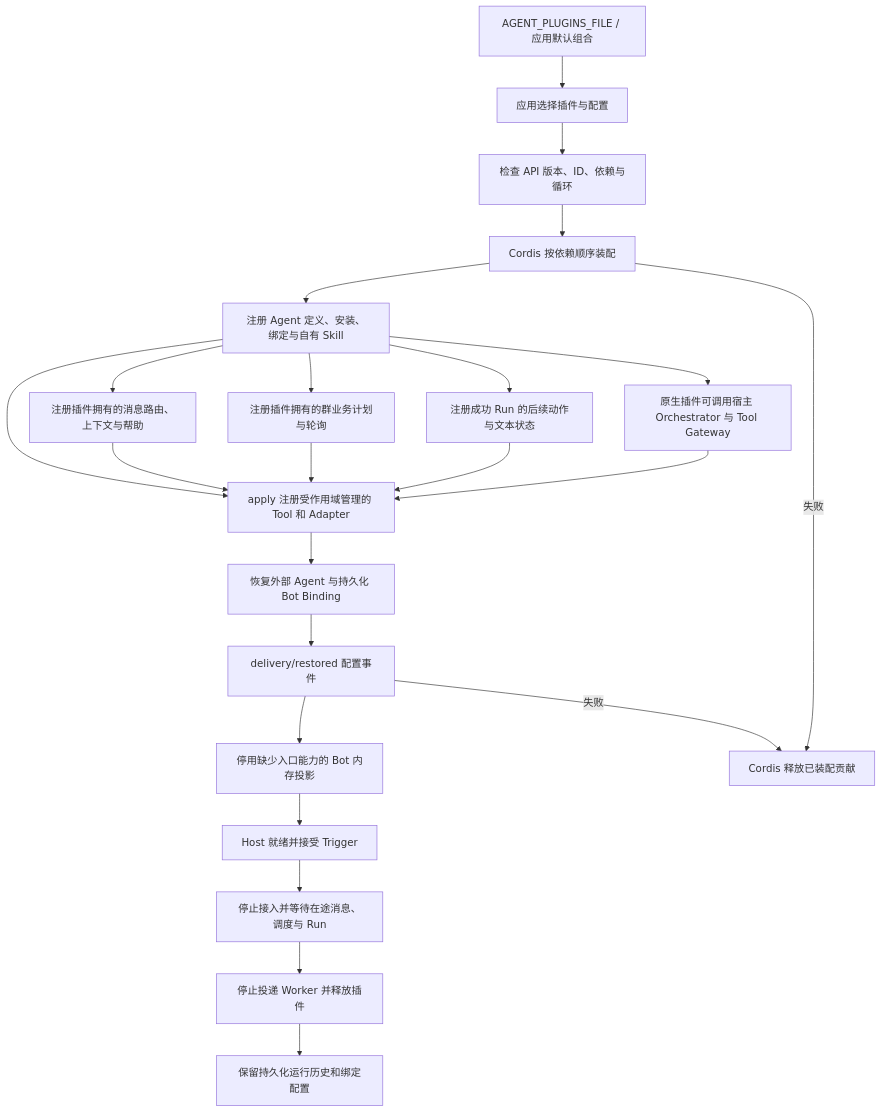
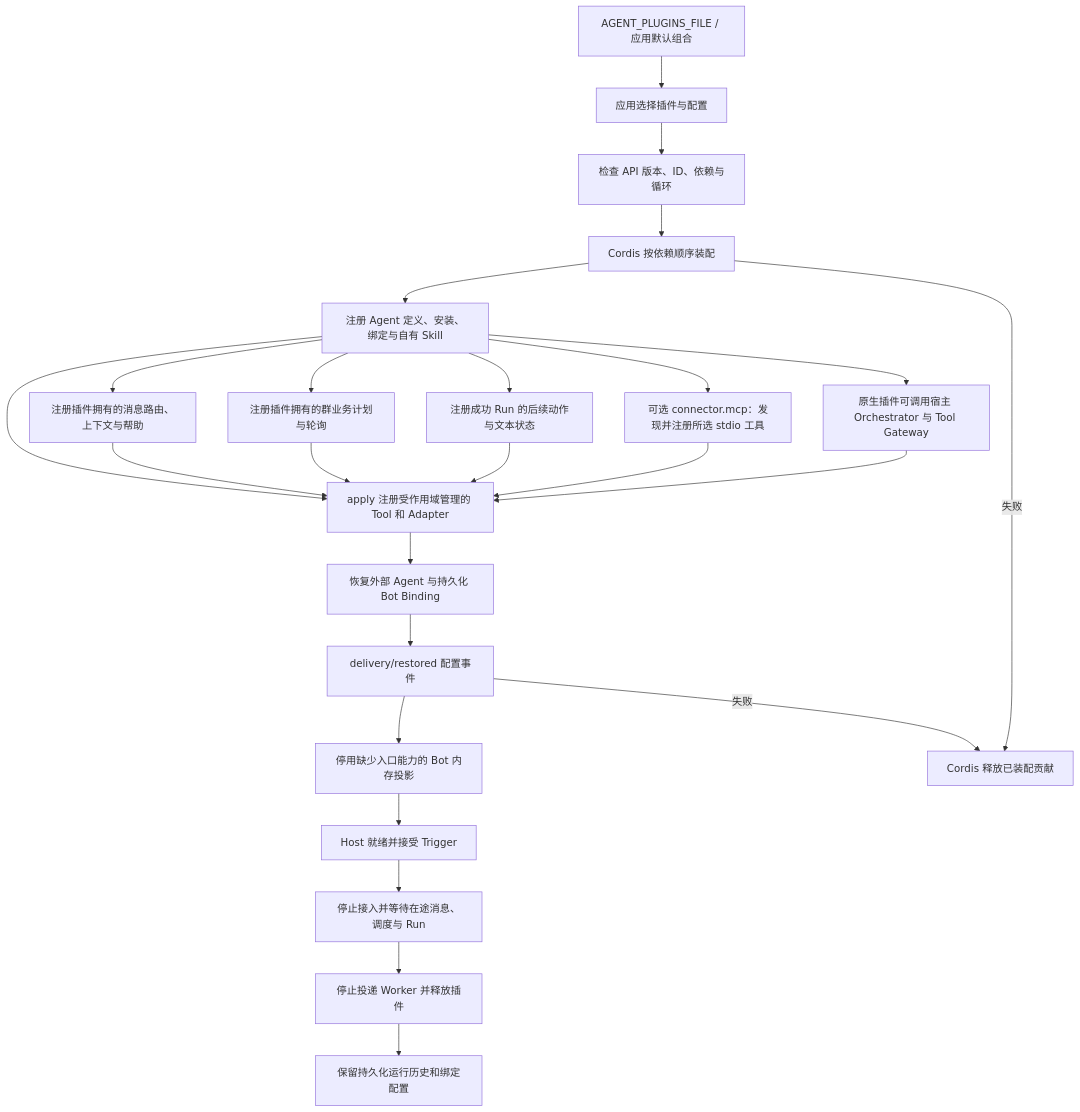
The diagram in backend/src/platform/plugins/FEATURE.md (KlayPeter/AI-Delivery-Ops-Agent), drawn with Mermaid before and after one commit. The commit also changed other lines of this file and 22 other files, not shown here.

````diff
--- a/backend/src/platform/plugins/FEATURE.md
+++ b/backend/src/platform/plugins/FEATURE.md
@@ -21,25 +21,27 @@
 ```mermaid
 flowchart TD
     Y[AGENT_PLUGINS_FILE / 应用默认组合] --> A[应用选择插件与配置]
     A --> B[检查 API 版本、ID、依赖与循环]
     B --> C[Cordis 按依赖顺序装配]
     C --> D[注册 Agent 定义、安装、绑定与自有 Skill]
     D --> E[apply 注册受作用域管理的 Tool 和 Adapter]
     D --> MR[注册插件拥有的消息路由、上下文与帮助]
     MR --> E
     D --> SJ[注册插件拥有的群业务计划与轮询]
     SJ --> E
     D --> RA[注册成功 Run 的后续动作与文本状态]
     RA --> E
+    D --> MCP[可选 connector.mcp：发现并注册所选 stdio 工具]
+    MCP --> E
     D --> NS[原生插件可调用宿主 Orchestrator 与 Tool Gateway]
     NS --> E
     E --> F[恢复外部 Agent 与持久化 Bot Binding]
     F --> G[delivery/restored 配置事件]
     G --> H[停用缺少入口能力的 Bot 内存投影]
     H --> I[Host 就绪并接受 Trigger]
     C -- 失败 --> X[Cordis 释放已装配贡献]
     G -- 失败 --> X
     I --> J[停止接入并等待在途消息、调度与 Run]
     J --> K[停止投递 Worker 并释放插件]
     K --> L[保留持久化运行历史和绑定配置]
 ```
````
